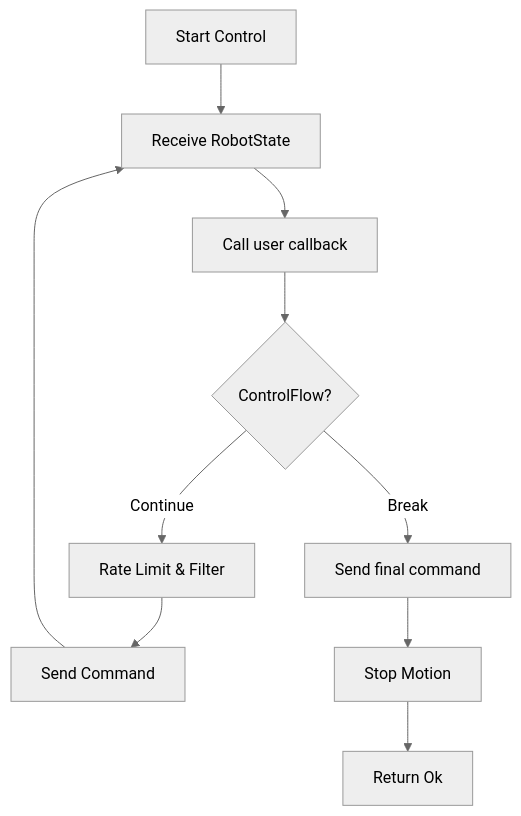
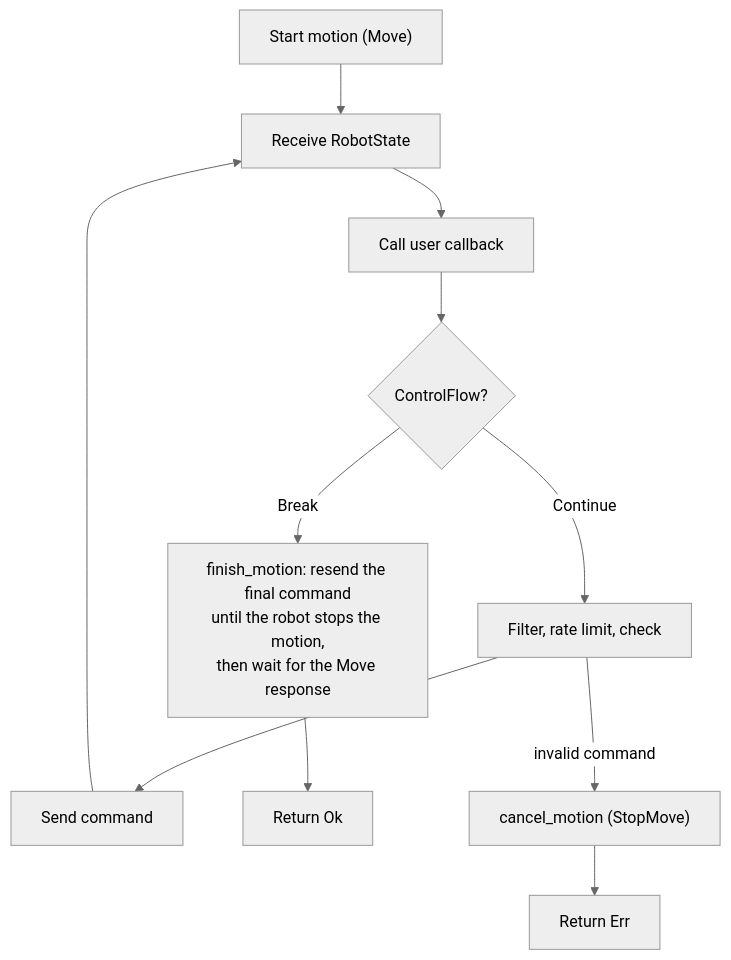
One commit to ColeTen/franka-rs changed the diagram in docs/src/motion-control.md. Above: the diagram before and after it, drawn with Mermaid (neutral theme). The commit also changed other lines of this file and 43 other files, not shown here.

````diff
--- a/docs/src/motion-control.md
+++ b/docs/src/motion-control.md
@@ -37,12 +75,13 @@
 ```mermaid
 flowchart TD
-    START[Start Control] --> RECV[Receive RobotState]
+    START["Start motion (Move)"] --> RECV[Receive RobotState]
     RECV --> CALL[Call user callback]
     CALL --> CHECK{ControlFlow?}
-    CHECK -->|Continue| FILTER[Rate Limit & Filter]
-    FILTER --> SEND[Send Command]
+    CHECK -->|Continue| PROC["Filter, rate limit, check"]
+    PROC --> SEND[Send command]
     SEND --> RECV
-    CHECK -->|Break| FINAL[Send final command]
-    FINAL --> STOP[Stop Motion]
-    STOP --> END[Return Ok]
+    CHECK -->|Break| FIN["finish_motion: resend the final command<br/>until the robot stops the motion,<br/>then wait for the Move response"]
+    FIN --> END[Return Ok]
+    PROC -->|"invalid command"| CANCEL["cancel_motion (StopMove)"]
+    CANCEL --> ERR[Return Err]
 ```
````
